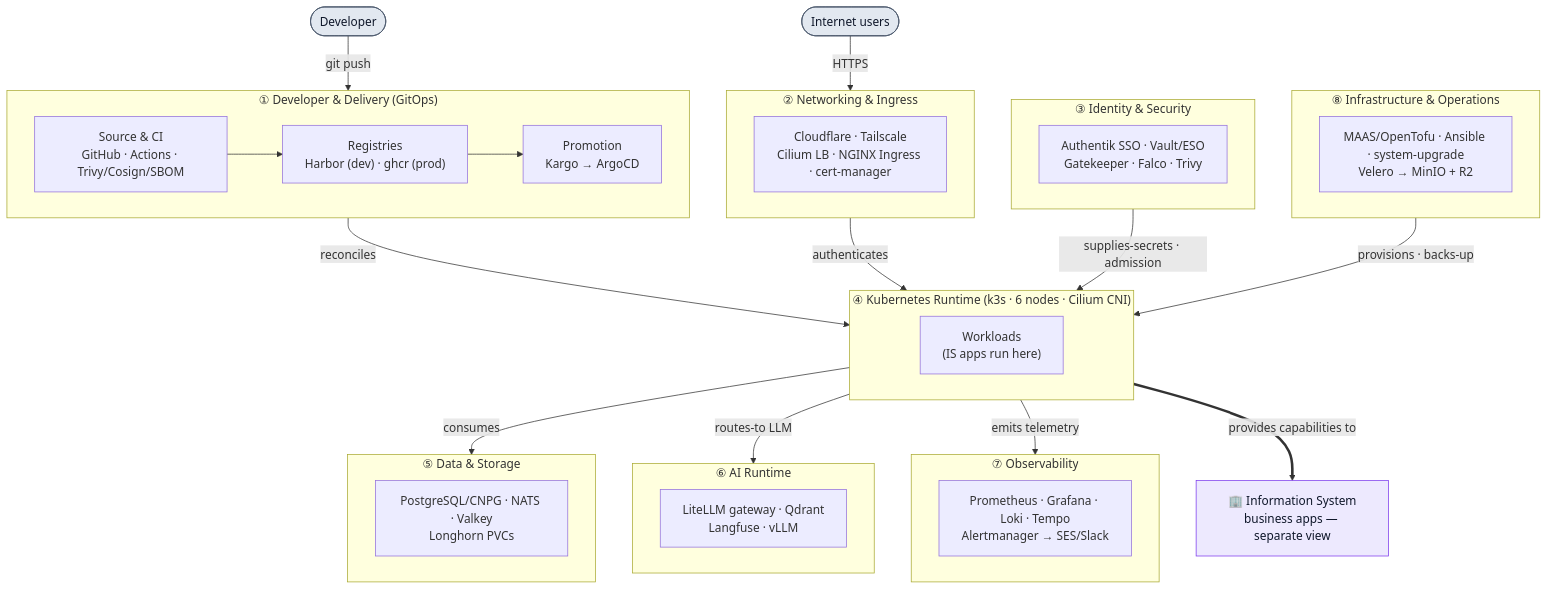
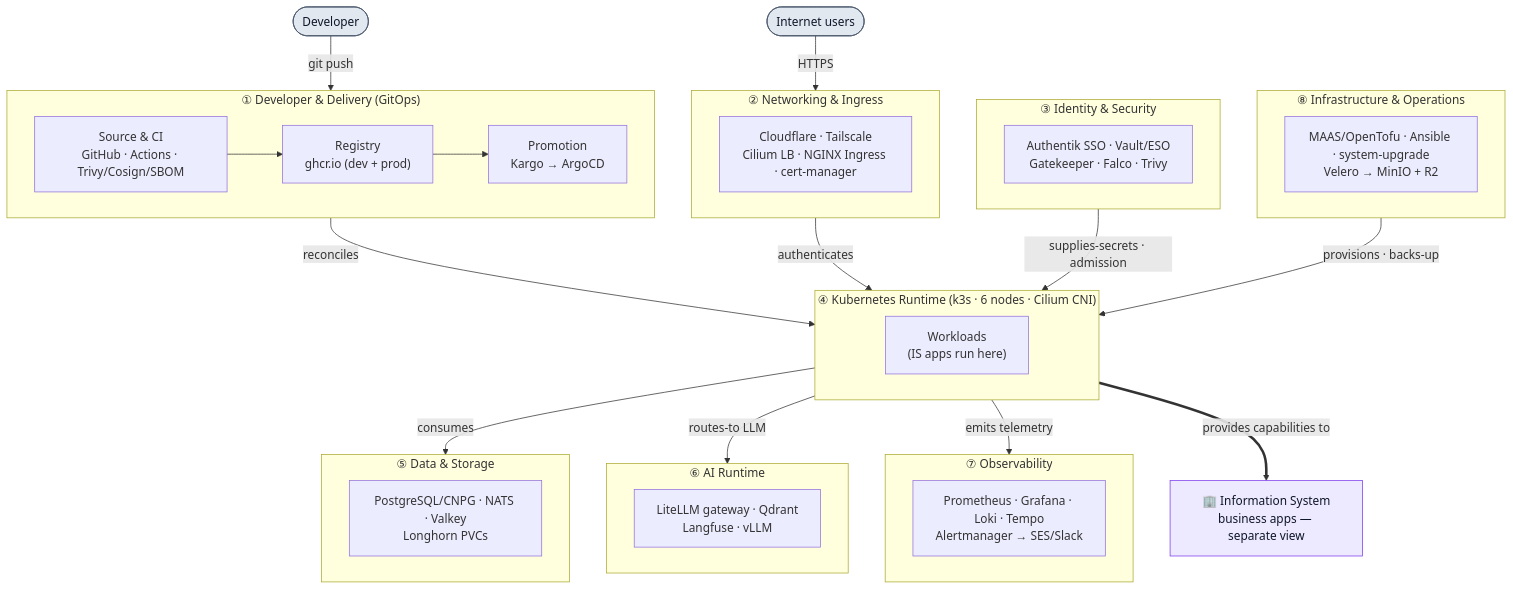
Before and after one commit to andrelair-platform/minicloud-platform-docs: the diagram in docs/developer-platform/29-production-stack-architecture.md, drawn with Mermaid. The commit also changed other lines of this file, not shown here.

Commit message:
docs(prod-stack): refresh registry reality — Harbor decommissioned, ghcr-only (dev+prod); modernise the promotion flow diagram (#436)

````diff
--- a/docs/developer-platform/29-production-stack-architecture.md
+++ b/docs/developer-platform/29-production-stack-architecture.md
@@ -35,48 +35,48 @@
 ```mermaid
 flowchart TB
   dev([Developer]):::actor
   users([Internet users]):::actor
 
   subgraph DELIV["① Developer &amp; Delivery (GitOps)"]
     direction LR
     SRC["Source &amp; CI<br/>GitHub · Actions · Trivy/Cosign/SBOM"]
-    REG["Registries<br/>Harbor (dev) · ghcr (prod)"]
+    REG["Registry<br/>ghcr.io (dev + prod)"]
     PROMO["Promotion<br/>Kargo → ArgoCD"]
     SRC --> REG --> PROMO
   end
   subgraph NET["② Networking &amp; Ingress"]
     EDGE["Cloudflare · Tailscale<br/>Cilium LB · NGINX Ingress · cert-manager"]
   end
   subgraph SEC["③ Identity &amp; Security"]
     SECC["Authentik SSO · Vault/ESO<br/>Gatekeeper · Falco · Trivy"]
   end
   subgraph RUN["④ Kubernetes Runtime (k3s · 6 nodes · Cilium CNI)"]
     WL["Workloads<br/>(IS apps run here)"]
   end
   subgraph DATA["⑤ Data &amp; Storage"]
     DATAC["PostgreSQL/CNPG · NATS · Valkey<br/>Longhorn PVCs"]
   end
   subgraph AIR["⑥ AI Runtime"]
     AIRC["LiteLLM gateway · Qdrant<br/>Langfuse · vLLM"]
   end
   subgraph OBS["⑦ Observability"]
     OBSC["Prometheus · Grafana · Loki · Tempo<br/>Alertmanager → SES/Slack"]
   end
   subgraph OPS["⑧ Infrastructure &amp; Operations"]
     OPSC["MAAS/OpenTofu · Ansible · system-upgrade<br/>Velero → MinIO + R2"]
   end
 
   dev -->|"git push"| DELIV
   DELIV -->|"reconciles"| RUN
   users -->|"HTTPS"| NET
   NET -->|"authenticates"| RUN
   SEC -->|"supplies-secrets · admission"| RUN
   RUN -->|"consumes"| DATA
   RUN -->|"routes-to LLM"| AIR
   RUN -->|"emits telemetry"| OBS
   OPS -->|"provisions · backs-up"| RUN
   RUN ==>|"provides capabilities to"| IS["🏢 Information System<br/>business apps — separate view"]:::is
 
   classDef actor fill:#e2e8f0,stroke:#475569,color:#0f172a;
   classDef is fill:#ede9fe,stroke:#7c3aed,color:#0f172a;
 ```
````
